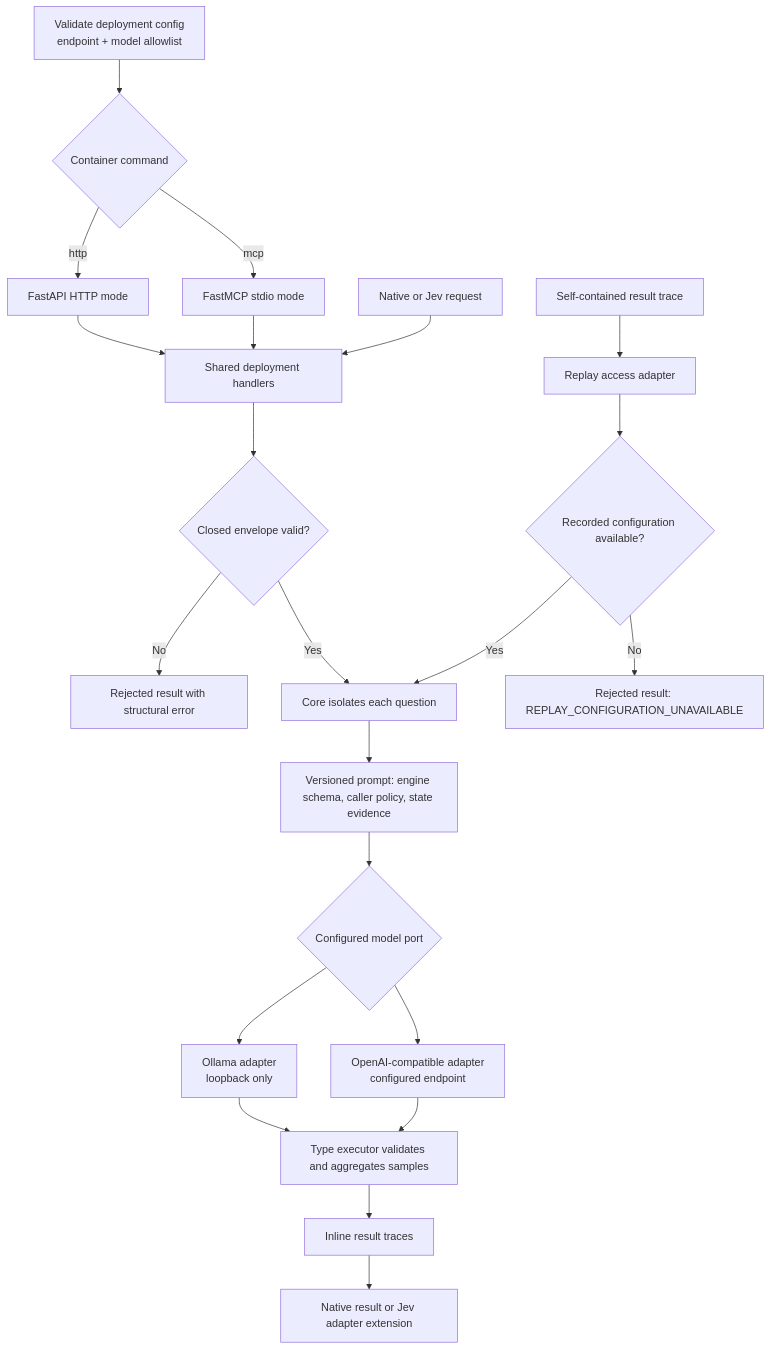
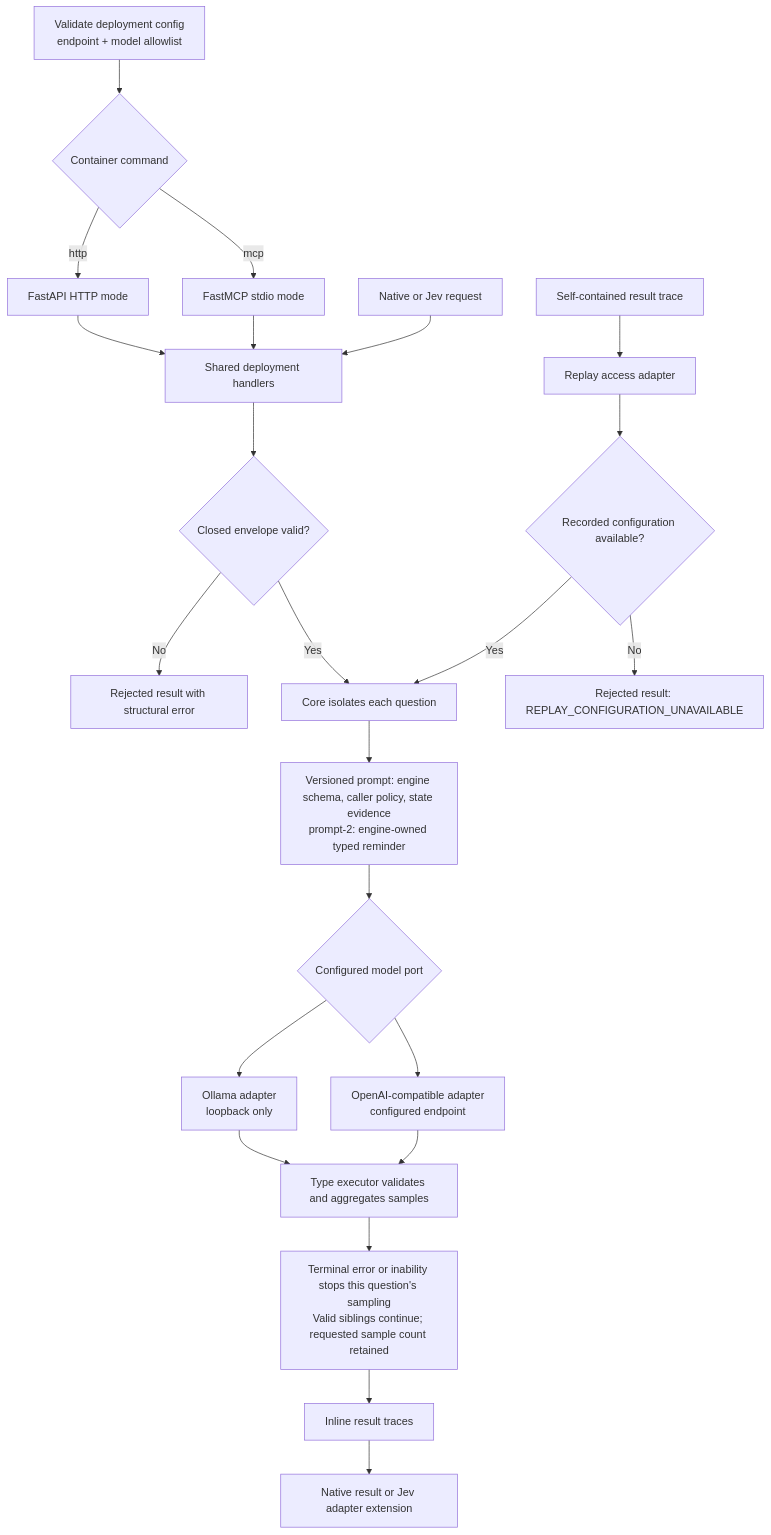
Before and after one commit to alanfong93/local-judge: the diagram in docs/system_flow.md, drawn with Mermaid. The commit also changed 19 other files, not shown here.

First line of the commit message:
fix: stop terminal sampling and preserve versioned prompt replay

````diff
--- a/docs/system_flow.md
+++ b/docs/system_flow.md
@@ -3,24 +3,25 @@
 ```mermaid
 flowchart TD
     D{"Container command"} -->|http| H["FastAPI HTTP mode"]
     D -->|mcp| M["FastMCP stdio mode"]
     H --> A["Shared deployment handlers"]
     M --> A
     C0["Validate deployment config<br>endpoint + model allowlist"] --> D
     R["Native or Jev request"] --> A
     A --> V{"Closed envelope valid?"}
     V -- No --> RJ["Rejected result with structural error"]
     V -- Yes --> Q["Core isolates each question"]
-    Q --> P["Versioned prompt: engine schema, caller policy, state evidence"]
+    Q --> P["Versioned prompt: engine schema, caller policy, state evidence<br>prompt-2: engine-owned typed reminder"]
     P --> B{"Configured model port"}
     B --> O["Ollama adapter<br>loopback only"]
     B --> E["OpenAI-compatible adapter<br>configured endpoint"]
     O --> T["Type executor validates and aggregates samples"]
     E --> T
-    T --> TR["Inline result traces"]
+    T --> STOP["Terminal error or inability stops this question's sampling<br>Valid siblings continue; requested sample count retained"]
+    STOP --> TR["Inline result traces"]
     TR --> N["Native result or Jev adapter extension"]
     X["Self-contained result trace"] --> RP["Replay access adapter"]
     RP --> C{"Recorded configuration available?"}
     C -- No --> RC["Rejected result: REPLAY_CONFIGURATION_UNAVAILABLE"]
     C -- Yes --> Q
 ```
````
